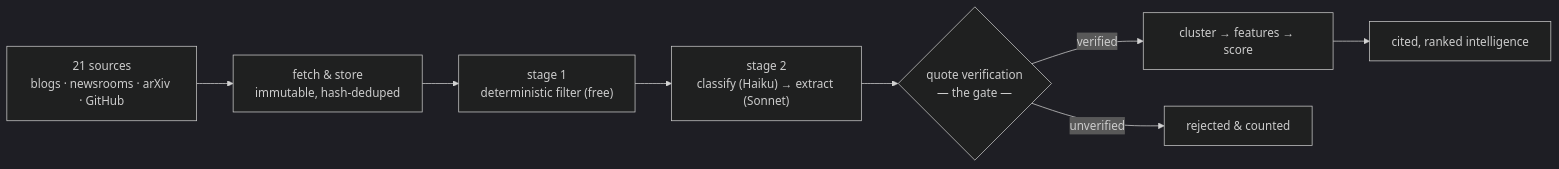
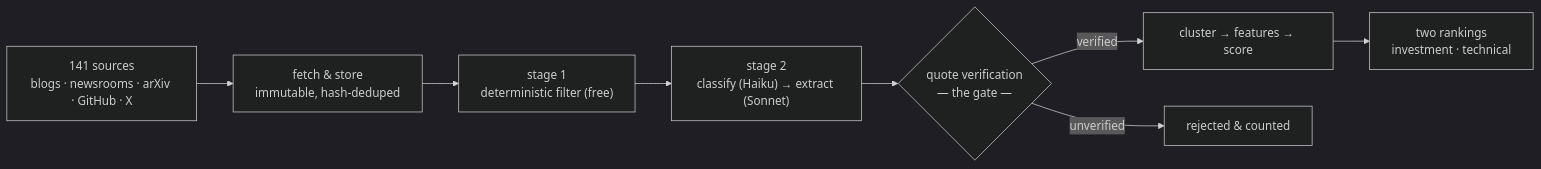
The diagram in README.md (skamble2/frontier-intel), drawn with Mermaid (dark theme) before and after one commit. The commit also changed other lines of this file and 57 other files, not shown here.

Commit message:
Add per-audience rubrics and two independent rankings

````diff
--- a/README.md
+++ b/README.md
@@ -45,10 +45,10 @@
 ```mermaid
 flowchart LR
-    A["21 sources<br/>blogs · newsrooms · arXiv · GitHub"] --> B["fetch & store<br/>immutable, hash-deduped"]
+    A["141 sources<br/>blogs · newsrooms · arXiv · GitHub · X"] --> B["fetch & store<br/>immutable, hash-deduped"]
     B --> C["stage 1<br/>deterministic filter (free)"]
     C --> D["stage 2<br/>classify (Haiku) → extract (Sonnet)"]
     D --> E{"quote verification<br/>— the gate —"}
     E -->|verified| F["cluster → features → score"]
     E -->|unverified| G["rejected & counted"]
-    F --> H["cited, ranked intelligence"]
+    F --> H["two rankings<br/>investment · technical"]
 ```
````
